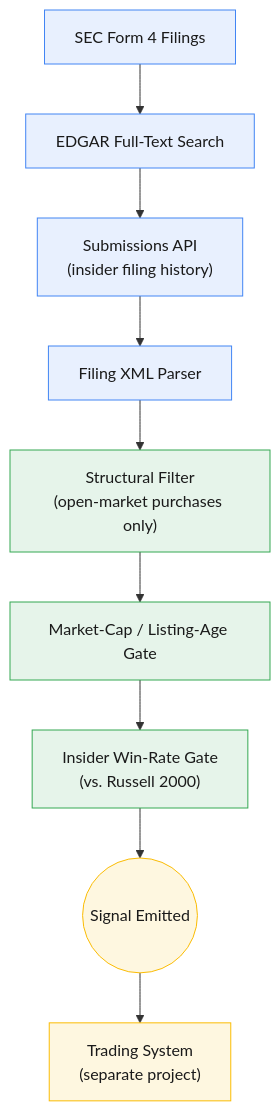
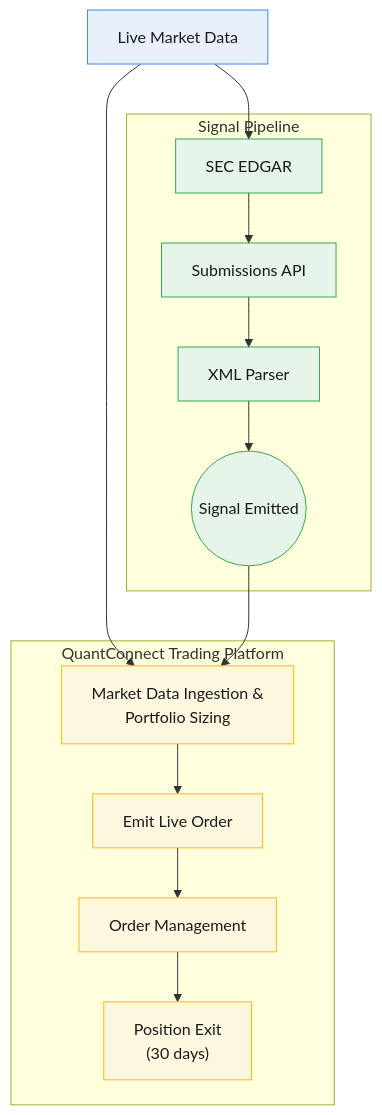
The first of 2 diagrams in README.md (MilesOberting/form4-insider-signals-showcase), drawn with Mermaid before and after one commit. The commit also changed other lines of this file and 1 other file, not shown here.

Commit message:
Reveal trading-system stages, simplify the signal-pipeline diagram
Removes the specific filter/gate boxes (structural filter, market-cap
gate, win-rate gate) from the diagram itself - that detail stays in
prose in architecture.md's "Live gating logic" section. Replaces the
opaque "Trading System" endpoint with two parallel columns sharing a
live-market-data input: the signal pipeline (SEC EDGAR -> Submissions
API -> XML Parser -> Signal Emitted) and the QuantConnect trading
platform (market data ingestion & portfolio sizing -> order emission
-> order management -> 30-day position exit). Exact sizing logic and
execution internals remain undocumented.

````diff
--- a/README.md
+++ b/README.md
@@ -15,18 +15,29 @@
 ```mermaid
 flowchart TD
-    A[SEC Form 4 Filings] --> B[EDGAR Full-Text Search]
-    B --> C["Submissions API<br/>(insider filing history)"]
-    C --> D[Filing XML Parser]
-    D --> E["Structural Filter<br/>(open-market purchases only)"]
-    E --> F[Market-Cap / Listing-Age Gate]
-    F --> G["Insider Win-Rate Gate<br/>(vs. Russell 2000)"]
-    G --> H((Signal Emitted))
-    H --> I["Trading System<br/>(separate project)"]
+    LMD[Live Market Data]
+
+    subgraph SP[Signal Pipeline]
+        SEC[SEC EDGAR] --> API[Submissions API]
+        API --> XML[XML Parser]
+        XML --> SIG((Signal Emitted))
+    end
+
+    subgraph TP[QuantConnect Trading Platform]
+        ING["Market Data Ingestion &<br/>Portfolio Sizing"]
+        ORD[Emit Live Order]
+        MGT[Order Management]
+        EXIT["Position Exit<br/>(30 days)"]
+        ING --> ORD --> MGT --> EXIT
+    end
+
+    LMD --> SEC
+    LMD --> ING
+    SIG --> ING
 
     classDef data fill:#e8f0fe,stroke:#4285f4,color:#1a1a1a;
-    classDef filt fill:#e6f4ea,stroke:#34a853,color:#1a1a1a;
-    classDef out fill:#fef7e0,stroke:#fbbc04,color:#1a1a1a;
-    class A,B,C,D data;
-    class E,F,G filt;
-    class H,I out;
+    classDef sig fill:#e6f4ea,stroke:#34a853,color:#1a1a1a;
+    classDef trade fill:#fef7e0,stroke:#fbbc04,color:#1a1a1a;
+    class LMD data;
+    class SEC,API,XML,SIG sig;
+    class ING,ORD,MGT,EXIT trade;
 ```
````
